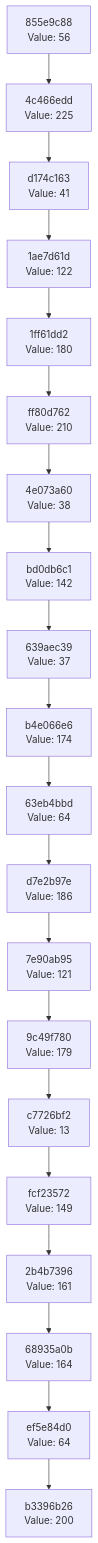
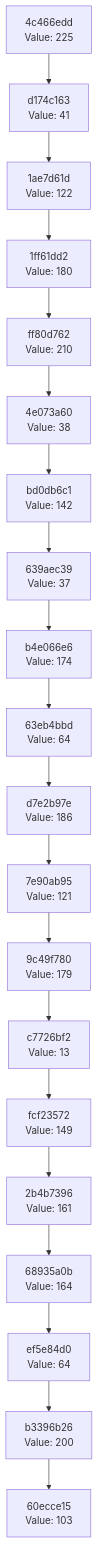
The diagram in docs/CHAIN_VISUALIZATION.md (Abhisheksinha1506/hash-chain-evolver), drawn with Mermaid before and after one commit. The commit also changed 2 other files, not shown here.

Commit message:
Evolution step: hash 0x67 → action executed

````diff
--- a/docs/CHAIN_VISUALIZATION.md
+++ b/docs/CHAIN_VISUALIZATION.md
@@ -3,42 +3,42 @@
 ```mermaid
 graph TD
-    C0["b3396b26<br/>Value: 200"]
-    C1["ef5e84d0<br/>Value: 64"]
+    C0["60ecce15<br/>Value: 103"]
+    C1["b3396b26<br/>Value: 200"]
     C1 --> C0
-    C2["68935a0b<br/>Value: 164"]
+    C2["ef5e84d0<br/>Value: 64"]
     C2 --> C1
-    C3["2b4b7396<br/>Value: 161"]
+    C3["68935a0b<br/>Value: 164"]
     C3 --> C2
-    C4["fcf23572<br/>Value: 149"]
+    C4["2b4b7396<br/>Value: 161"]
     C4 --> C3
-    C5["c7726bf2<br/>Value: 13"]
+    C5["fcf23572<br/>Value: 149"]
     C5 --> C4
-    C6["9c49f780<br/>Value: 179"]
+    C6["c7726bf2<br/>Value: 13"]
     C6 --> C5
-    C7["7e90ab95<br/>Value: 121"]
+    C7["9c49f780<br/>Value: 179"]
     C7 --> C6
-    C8["d7e2b97e<br/>Value: 186"]
+    C8["7e90ab95<br/>Value: 121"]
     C8 --> C7
-    C9["63eb4bbd<br/>Value: 64"]
+    C9["d7e2b97e<br/>Value: 186"]
     C9 --> C8
-    C10["b4e066e6<br/>Value: 174"]
+    C10["63eb4bbd<br/>Value: 64"]
     C10 --> C9
-    C11["639aec39<br/>Value: 37"]
+    C11["b4e066e6<br/>Value: 174"]
     C11 --> C10
-    C12["bd0db6c1<br/>Value: 142"]
+    C12["639aec39<br/>Value: 37"]
     C12 --> C11
-    C13["4e073a60<br/>Value: 38"]
+    C13["bd0db6c1<br/>Value: 142"]
     C13 --> C12
-    C14["ff80d762<br/>Value: 210"]
+    C14["4e073a60<br/>Value: 38"]
     C14 --> C13
-    C15["1ff61dd2<br/>Value: 180"]
+    C15["ff80d762<br/>Value: 210"]
     C15 --> C14
-    C16["1ae7d61d<br/>Value: 122"]
+    C16["1ff61dd2<br/>Value: 180"]
     C16 --> C15
-    C17["d174c163<br/>Value: 41"]
+    C17["1ae7d61d<br/>Value: 122"]
     C17 --> C16
-    C18["4c466edd<br/>Value: 225"]
+    C18["d174c163<br/>Value: 41"]
     C18 --> C17
-    C19["855e9c88<br/>Value: 56"]
+    C19["4c466edd<br/>Value: 225"]
     C19 --> C18
 ```
````
